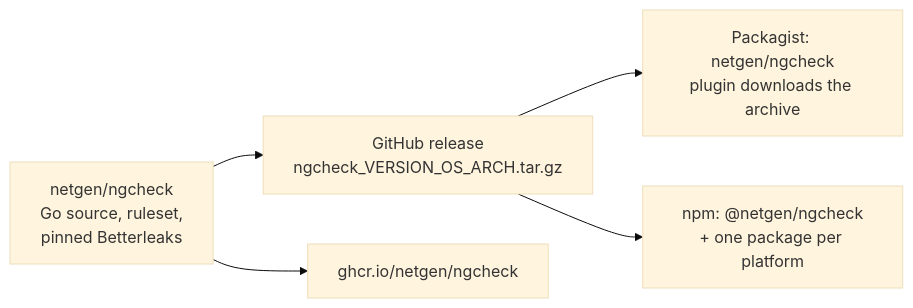
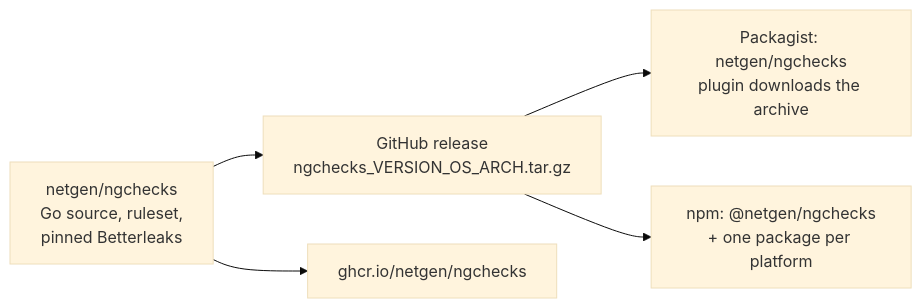
Before and after one commit to netgen/ngchecks: the diagram in README.md, drawn with Mermaid (base theme). The commit also changed other lines of this file and 43 other files, not shown here.

````diff
--- a/README.md
+++ b/README.md
@@ -36,7 +36,7 @@
 ```mermaid
 flowchart LR
-    repo["netgen/ngcheck<br/>Go source, ruleset,<br/>pinned Betterleaks"] --> release["GitHub release<br/>ngcheck_VERSION_OS_ARCH.tar.gz"]
-    release --> composer["Packagist: netgen/ngcheck<br/>plugin downloads the archive"]
-    release --> npm["npm: @netgen/ngcheck<br/>+ one package per platform"]
-    repo --> docker["ghcr.io/netgen/ngcheck"]
+    repo["netgen/ngchecks<br/>Go source, ruleset,<br/>pinned Betterleaks"] --> release["GitHub release<br/>ngchecks_VERSION_OS_ARCH.tar.gz"]
+    release --> composer["Packagist: netgen/ngchecks<br/>plugin downloads the archive"]
+    release --> npm["npm: @netgen/ngchecks<br/>+ one package per platform"]
+    repo --> docker["ghcr.io/netgen/ngchecks"]
 ```
````
